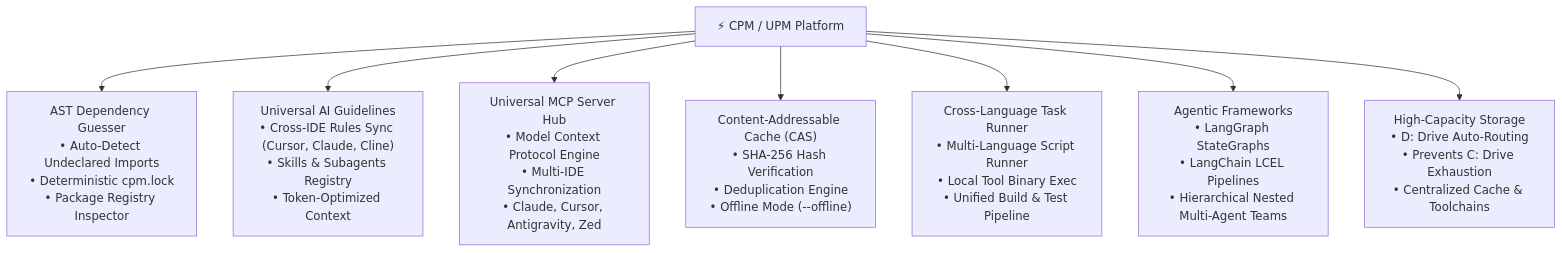
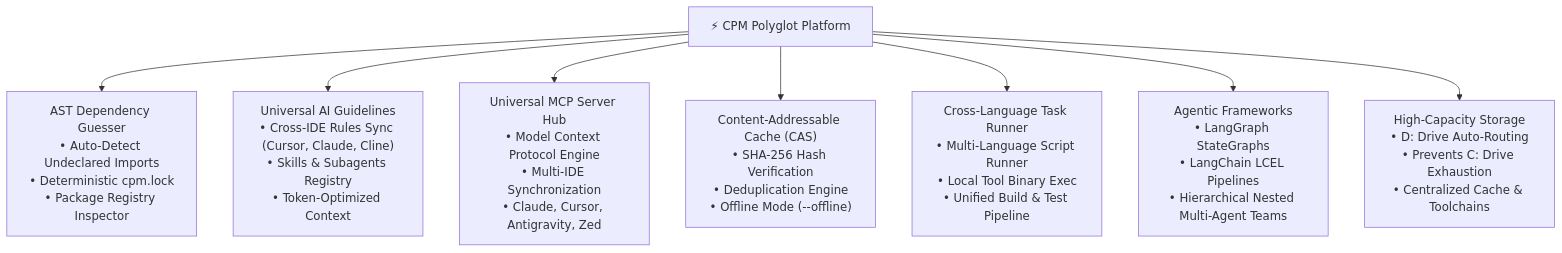
One commit to sachinjat2802/upm changed the diagram in README.md. Above: the diagram before and after it, drawn with Mermaid. The commit also changed other lines of this file and 7 other files, not shown here.

````diff
--- a/README.md
+++ b/README.md
@@ -48,10 +48,10 @@
 ```mermaid
 graph TD
-    CPM["⚡ CPM / UPM Platform"] --> AST["AST Dependency Guesser<br/>• Auto-Detect Undeclared Imports<br/>• Deterministic cpm.lock<br/>• Package Registry Inspector"]
+    CPM["⚡ CPM Polyglot Platform"] --> AST["AST Dependency Guesser<br/>• Auto-Detect Undeclared Imports<br/>• Deterministic cpm.lock<br/>• Package Registry Inspector"]
     CPM --> AI["Universal AI Guidelines<br/>• Cross-IDE Rules Sync (Cursor, Claude, Cline)<br/>• Skills & Subagents Registry<br/>• Token-Optimized Context"]
     CPM --> MCP["Universal MCP Server Hub<br/>• Model Context Protocol Engine<br/>• Multi-IDE Synchronization<br/>• Claude, Cursor, Antigravity, Zed"]
     CPM --> CAS["Content-Addressable Cache (CAS)<br/>• SHA-256 Hash Verification<br/>• Deduplication Engine<br/>• Offline Mode (--offline)"]
     CPM --> TASK["Cross-Language Task Runner<br/>• Multi-Language Script Runner<br/>• Local Tool Binary Exec<br/>• Unified Build & Test Pipeline"]
     CPM --> AGENT["Agentic Frameworks<br/>• LangGraph StateGraphs<br/>• LangChain LCEL Pipelines<br/>• Hierarchical Nested Multi-Agent Teams"]
     CPM --> DRIVE["High-Capacity Storage<br/>• D: Drive Auto-Routing<br/>• Prevents C: Drive Exhaustion<br/>• Centralized Cache & Toolchains"]
 ```
````
